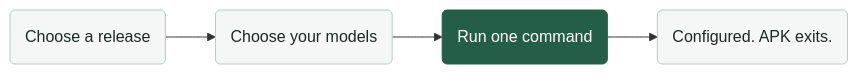
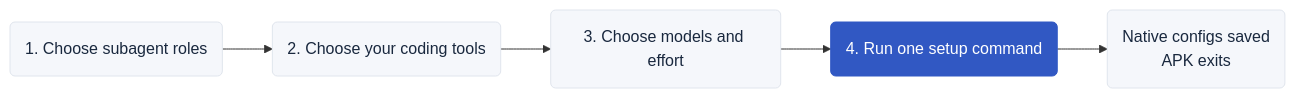
Before and after one commit to automatis-tools/agent-policy-kit: the diagram in README.md, drawn with Mermaid. The commit also changed other lines of this file and 15 other files, not shown here.

````diff
--- a/README.md
+++ b/README.md
@@ -3,9 +3,10 @@
 ```mermaid
 flowchart LR
-    Release("Choose a release") --> Models("Choose your models")
-    Models --> Command("Run one command")
-    Command --> Done("Configured. APK exits.")
-    classDef default fill:#f5f7f6,stroke:#bdc8c2,color:#1b2924
-    classDef action fill:#245e49,stroke:#245e49,color:#ffffff
+    Roles("1. Choose subagent roles") --> Tools("2. Choose your coding tools")
+    Tools --> Models("3. Choose models and effort")
+    Models --> Command("4. Run one setup command")
+    Command --> Done("Native configs saved<br/>APK exits")
+    classDef default fill:#f5f7fb,stroke:#e0e5ed,color:#19283e
+    classDef action fill:#3158c3,stroke:#3158c3,color:#ffffff
     class Command action
 ```
````
